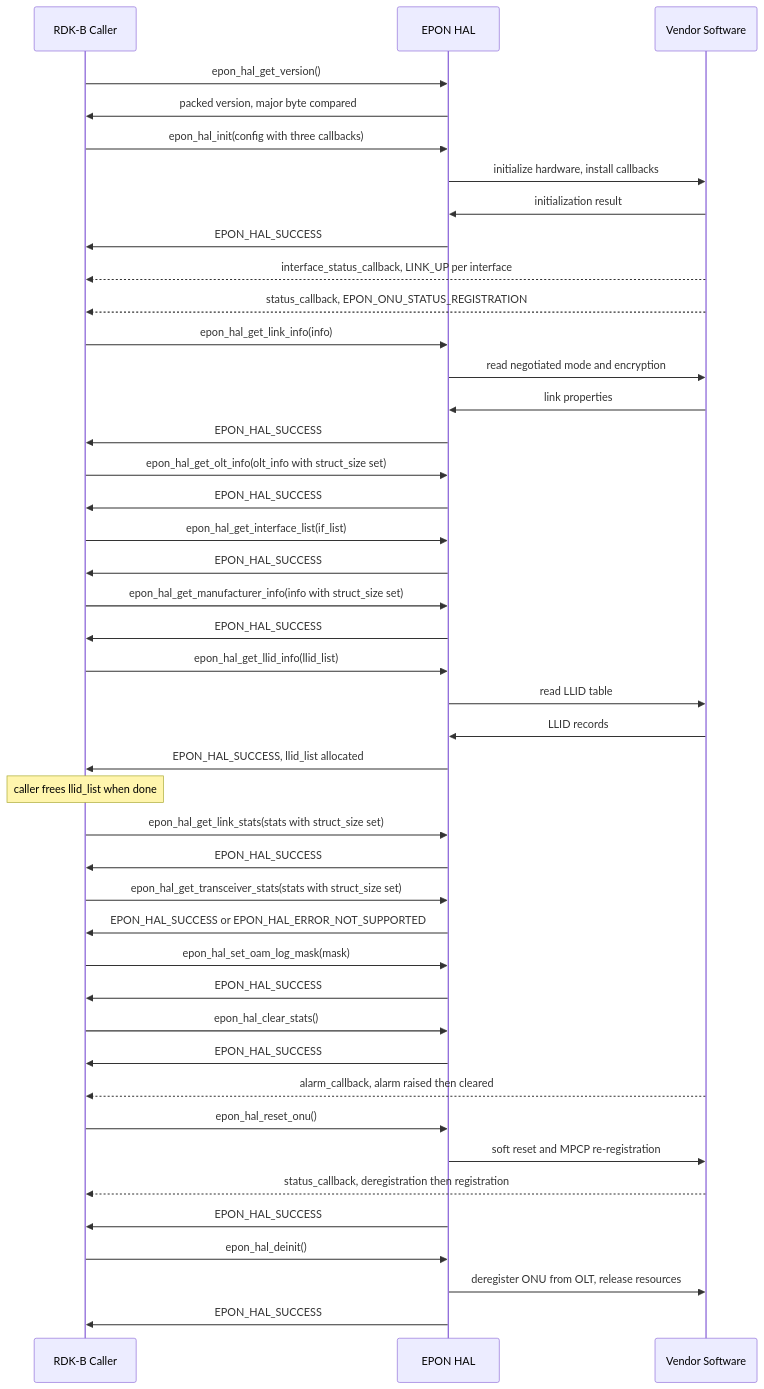
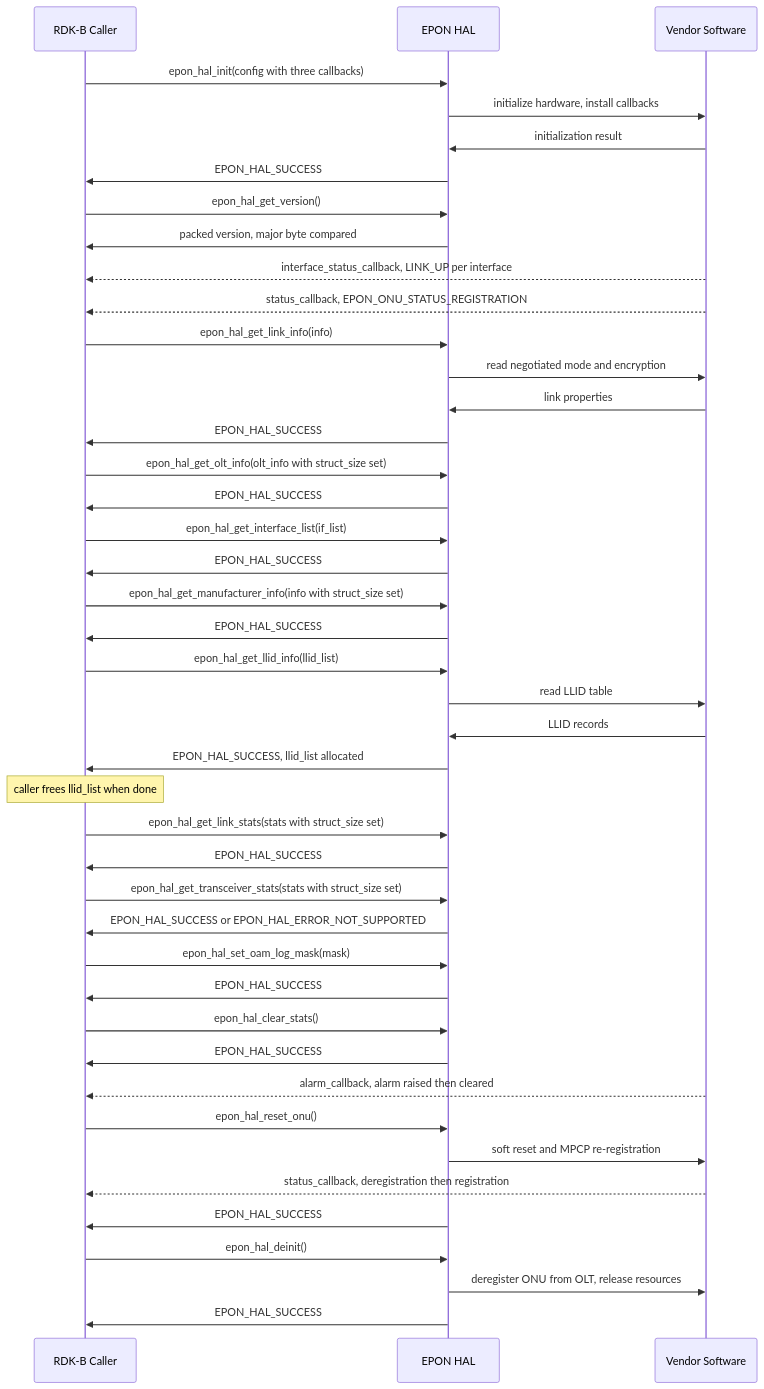
The second of 4 diagrams in docs/pages/halSpec.md (Blitzy-Sky/rdkb-halif-epon), drawn with Mermaid before and after one commit. The commit also changed other lines of this file and 8 other files, not shown here.

Commit message:
Add the EPON HAL interface specification and documentation scaffold, and document every declared API inline

````diff
--- a/docs/pages/halSpec.md
+++ b/docs/pages/halSpec.md
@@ -1013,45 +1167,45 @@
 ```mermaid
 sequenceDiagram
     participant Caller as RDK-B Caller
     participant HAL as EPON HAL
     participant Vendor as Vendor Software
-    Caller->>HAL: epon_hal_get_version()
-    HAL->>Caller: packed version, major byte compared
     Caller->>HAL: epon_hal_init(config with three callbacks)
     HAL->>Vendor: initialize hardware, install callbacks
     Vendor->>HAL: initialization result
     HAL->>Caller: EPON_HAL_SUCCESS
+    Caller->>HAL: epon_hal_get_version()
+    HAL->>Caller: packed version, major byte compared
     Vendor-->>Caller: interface_status_callback, LINK_UP per interface
     Vendor-->>Caller: status_callback, EPON_ONU_STATUS_REGISTRATION
     Caller->>HAL: epon_hal_get_link_info(info)
     HAL->>Vendor: read negotiated mode and encryption
     Vendor->>HAL: link properties
     HAL->>Caller: EPON_HAL_SUCCESS
     Caller->>HAL: epon_hal_get_olt_info(olt_info with struct_size set)
     HAL->>Caller: EPON_HAL_SUCCESS
     Caller->>HAL: epon_hal_get_interface_list(if_list)
     HAL->>Caller: EPON_HAL_SUCCESS
     Caller->>HAL: epon_hal_get_manufacturer_info(info with struct_size set)
     HAL->>Caller: EPON_HAL_SUCCESS
     Caller->>HAL: epon_hal_get_llid_info(llid_list)
     HAL->>Vendor: read LLID table
     Vendor->>HAL: LLID records
     HAL->>Caller: EPON_HAL_SUCCESS, llid_list allocated
     note over Caller: caller frees llid_list when done
     Caller->>HAL: epon_hal_get_link_stats(stats with struct_size set)
     HAL->>Caller: EPON_HAL_SUCCESS
     Caller->>HAL: epon_hal_get_transceiver_stats(stats with struct_size set)
     HAL->>Caller: EPON_HAL_SUCCESS or EPON_HAL_ERROR_NOT_SUPPORTED
     Caller->>HAL: epon_hal_set_oam_log_mask(mask)
     HAL->>Caller: EPON_HAL_SUCCESS
     Caller->>HAL: epon_hal_clear_stats()
     HAL->>Caller: EPON_HAL_SUCCESS
     Vendor-->>Caller: alarm_callback, alarm raised then cleared
     Caller->>HAL: epon_hal_reset_onu()
     HAL->>Vendor: soft reset and MPCP re-registration
     Vendor-->>Caller: status_callback, deregistration then registration
     HAL->>Caller: EPON_HAL_SUCCESS
     Caller->>HAL: epon_hal_deinit()
     HAL->>Vendor: deregister ONU from OLT, release resources
     HAL->>Caller: EPON_HAL_SUCCESS
 ```
````
